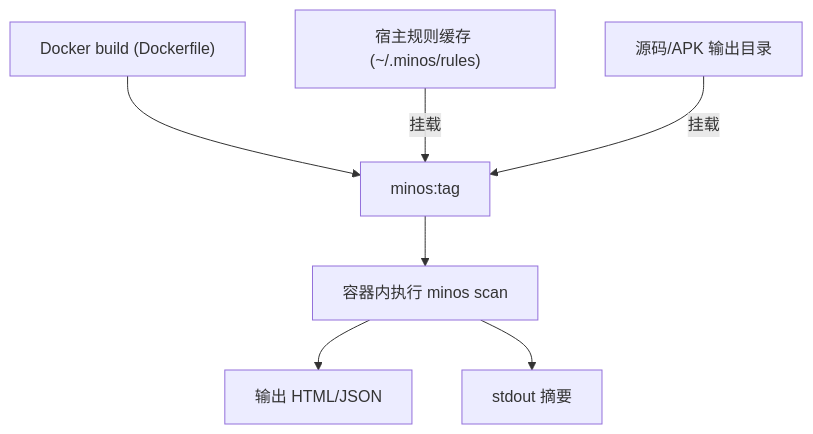
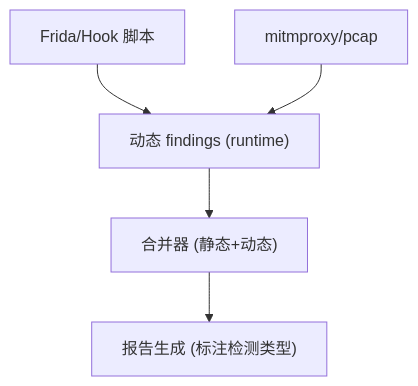
Before and after one commit to gengqifu/Minos: the diagram in .ai/stories/story-8.story.md, drawn with Mermaid. The commit also changed other lines of this file and 2 other files, not shown here.

````diff
--- a/.ai/stories/story-8.story.md
+++ b/.ai/stories/story-8.story.md
@@ -56,9 +79,7 @@
 ```mermaid
 flowchart TD
-    BUILD["Docker build (Dockerfile)"] --> IMG["minos:tag"]
-    RULES["宿主规则缓存 (~/.minos/rules)"] -->|挂载| IMG
-    SRC["源码/APK 输出目录"] -->|挂载| IMG
-    IMG --> RUN["容器内执行 minos scan"]
-    RUN --> REPORT["输出 HTML/JSON"]
-    RUN --> SUMMARY["stdout 摘要"]
+    HOOK["Frida/Hook 脚本"] --> DYN["动态 findings (runtime)"]
+    PROXY["mitmproxy/pcap"] --> DYN
+    DYN --> MERGE["合并器 (静态+动态)"]
+    MERGE --> REPORT["报告生成 (标注检测类型)"]
 ```
````
